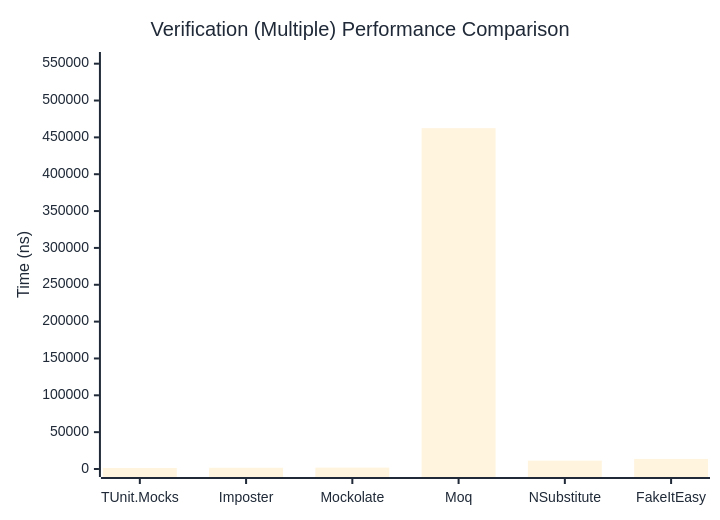
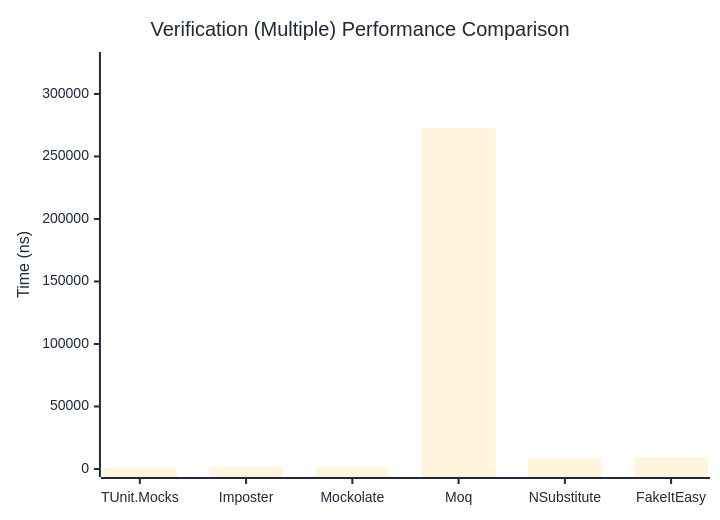
The third of 3 diagrams in docs/docs/benchmarks/mocks/Verification.md (thomhurst/TUnit), drawn with Mermaid before and after one commit. The commit also changed other lines of this file and 14 other files, not shown here.

````diff
--- a/docs/docs/benchmarks/mocks/Verification.md
+++ b/docs/docs/benchmarks/mocks/Verification.md
@@ -110,27 +110,27 @@
 ```mermaid
 %%{init: {
   'theme':'base',
   'themeVariables': {
     'primaryColor': '#2563eb',
     'primaryTextColor': '#1f2937',
     'primaryBorderColor': '#1e40af',
     'lineColor': '#6b7280',
     'secondaryColor': '#7c3aed',
     'tertiaryColor': '#dc2626',
     'background': '#ffffff',
     'pie1': '#2563eb',
     'pie2': '#7c3aed',
     'pie3': '#dc2626',
     'pie4': '#f59e0b',
     'pie5': '#10b981',
     'pie6': '#06b6d4',
     'pie7': '#ec4899',
     'pie8': '#6366f1'
   }
 }}%%
 xychart-beta
   title "Verification (Multiple) Performance Comparison"
   x-axis ["TUnit.Mocks", "Imposter", "Mockolate", "Moq", "NSubstitute", "FakeItEasy"]
-  y-axis "Time (ns)" 0 --> 554999
-  bar [1277.83, 1678.68, 1852.45, 462498.45, 11280.27, 13635.65]
+  y-axis "Time (ns)" 0 --> 327132
+  bar [1072.14, 1402.02, 1558.29, 272609.42, 8230.96, 9231.25]
 ```
````
